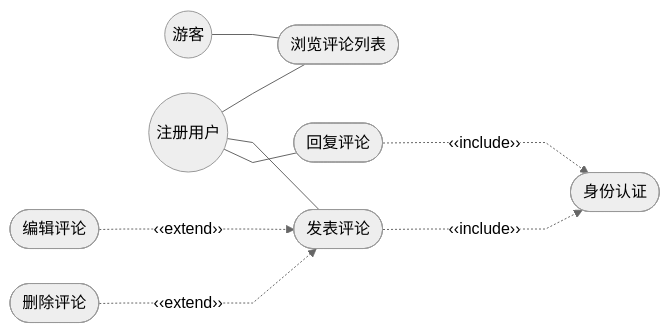
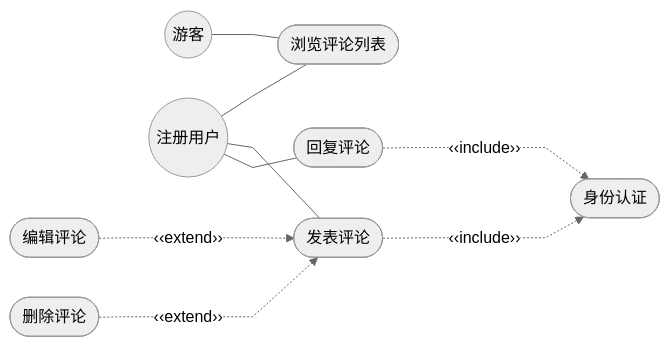
The diagram in docs/diagrams/fig3-4-comment-usecase.mmd (Wkjlovec/graduation_project_zhuang), drawn with Mermaid before and after one commit. The commit also changed 5 other files, not shown here.

Commit message:
docs: 修复图3-2/3-3/3-4交叉问题(调整边声明顺序)

```diff
--- a/docs/diagrams/fig3-4-comment-usecase.mmd
+++ b/docs/diagrams/fig3-4-comment-usecase.mmd
@@ -1,10 +1,10 @@
-%%{init: {'theme': 'neutral', 'flowchart': {'curve': 'linear', 'rankSpacing': 50, 'nodeSpacing': 35}}}%%
+%%{init: {'theme': 'neutral', 'flowchart': {'curve': 'linear', 'rankSpacing': 50, 'nodeSpacing': 40}}}%%
 graph LR
     Guest((游客)) --- UC1([浏览评论列表])
     User((注册用户)) --- UC1
     User --- UC2([发表评论])
-    User --- UC3([回复评论])
     UC2 -..->|"‹‹include››"| UC4([身份认证])
-    UC3 -..->|"‹‹include››"| UC4
     UC5([编辑评论]) -..->|"‹‹extend››"| UC2
     UC6([删除评论]) -..->|"‹‹extend››"| UC2
+    User --- UC3([回复评论])
+    UC3 -..->|"‹‹include››"| UC4
```
